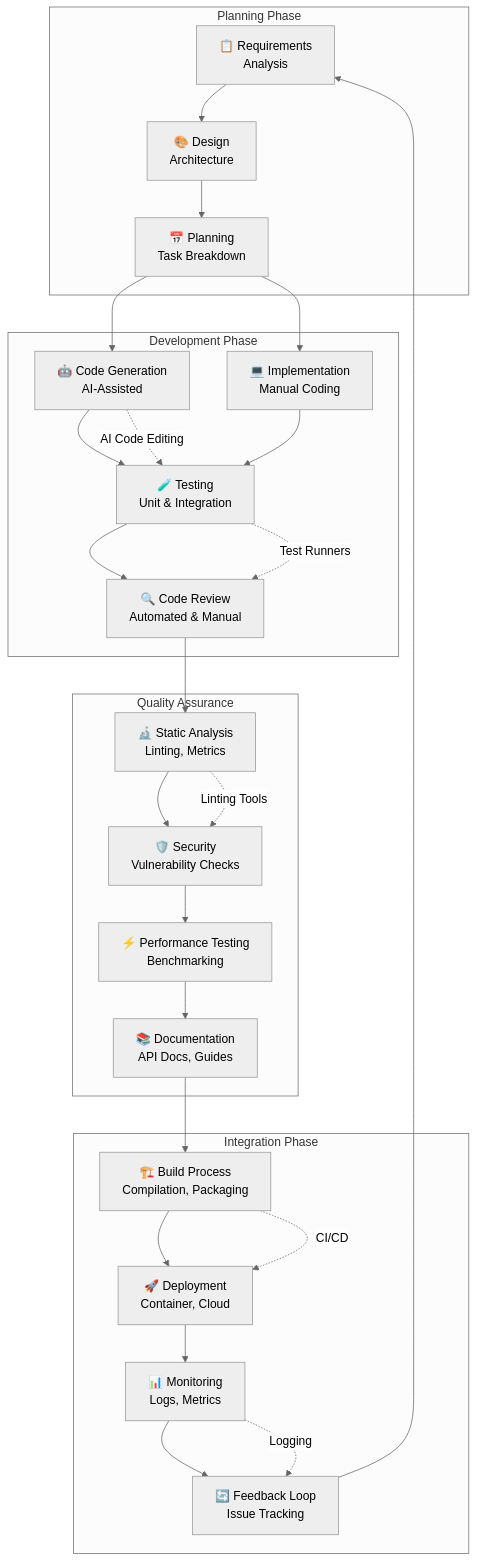
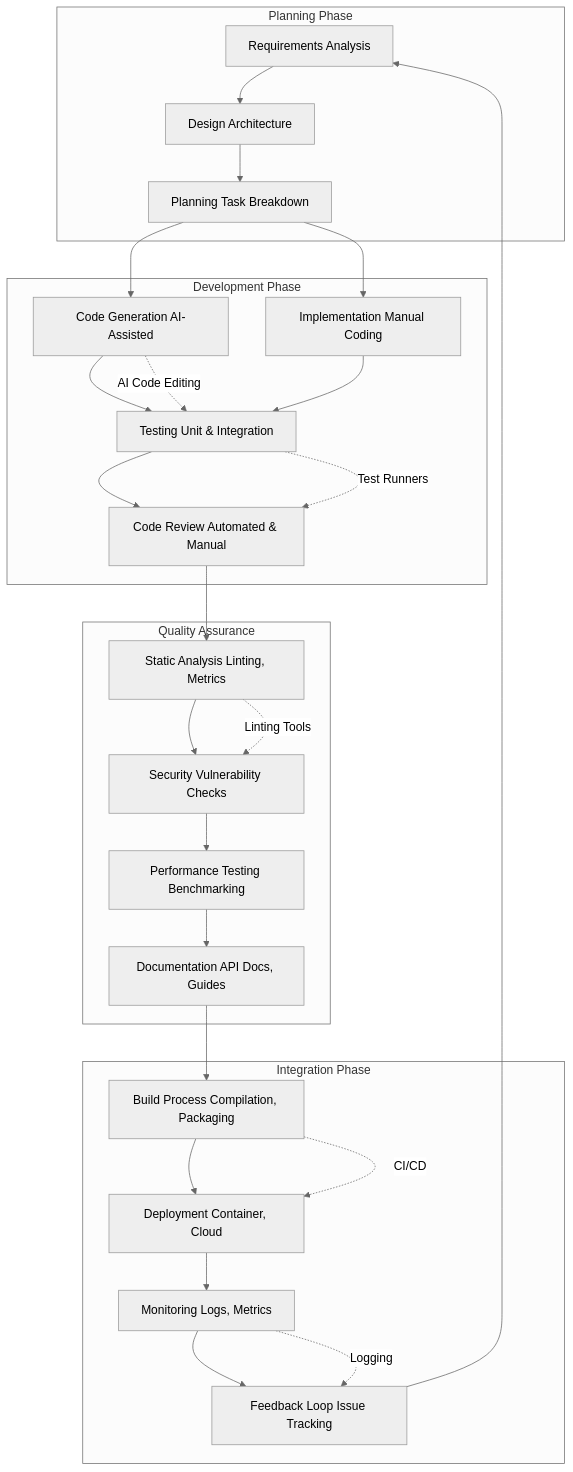
Before and after one commit to docxology/codomyrmex: the tenth of 12 diagrams in README.md, drawn with Mermaid (neutral theme). The commit also changed other lines of this file and 21 other files, not shown here.

````diff
--- a/README.md
+++ b/README.md
@@ -1044,57 +1201,57 @@
 ```mermaid
 flowchart TD
-    subgraph "Planning Phase"
-        Requirements[📋 Requirements<br/>Analysis]
-        Design[🎨 Design<br/>Architecture]
-        Planning[📅 Planning<br/>Task Breakdown]
+    subgraph planningPhase ["Planning Phase"]
+        Requirements["Requirements Analysis"]
+        Design["Design Architecture"]
+        Planning["Planning Task Breakdown"]
     end
 
-    subgraph "Development Phase"
-        CodeGeneration[🤖 Code Generation<br/>AI-Assisted]
-        Implementation[💻 Implementation<br/>Manual Coding]
-        Testing[🧪 Testing<br/>Unit & Integration]
-        CodeReview[🔍 Code Review<br/>Automated & Manual]
+    subgraph developmentPhase ["Development Phase"]
+        CodeGeneration["Code Generation AI-Assisted"]
+        Implementation["Implementation Manual Coding"]
+        Testing["Testing Unit & Integration"]
+        CodeReview["Code Review Automated & Manual"]
     end
 
-    subgraph "Quality Assurance"
-        StaticAnalysis[🔬 Static Analysis<br/>Linting, Metrics]
-        Security[🛡️ Security<br/>Vulnerability Checks]
-        PerformanceTesting[⚡ Performance Testing<br/>Benchmarking]
-        Documentation[📚 Documentation<br/>API Docs, Guides]
+    subgraph qualityAssurance ["Quality Assurance"]
+        StaticAnalysis["Static Analysis Linting, Metrics"]
+        Security["Security Vulnerability Checks"]
+        PerformanceTesting["Performance Testing Benchmarking"]
+        Documentation["Documentation API Docs, Guides"]
     end
 
-    subgraph "Integration Phase"
-        BuildProcess[🏗️ Build Process<br/>Compilation, Packaging]
-        Deployment[🚀 Deployment<br/>Container, Cloud]
-        Monitoring[📊 Monitoring<br/>Logs, Metrics]
-        FeedbackLoop[🔄 Feedback Loop<br/>Issue Tracking]
+    subgraph integrationPhase ["Integration Phase"]
+        BuildProcess["Build Process Compilation, Packaging"]
+        Deployment["Deployment Container, Cloud"]
+        Monitoring["Monitoring Logs, Metrics"]
+        FeedbackLoop["Feedback Loop Issue Tracking"]
     end
 
     Requirements --> Design
     Design --> Planning
     Planning --> CodeGeneration
     Planning --> Implementation
 
     CodeGeneration --> Testing
     Implementation --> Testing
     Testing --> CodeReview
     CodeReview --> StaticAnalysis
 
     StaticAnalysis --> Security
     Security --> PerformanceTesting
     PerformanceTesting --> Documentation
 
     Documentation --> BuildProcess
     BuildProcess --> Deployment
     Deployment --> Monitoring
     Monitoring --> FeedbackLoop
 
     FeedbackLoop --> Requirements
 
     %% Tool integration
     CodeGeneration -.->|"AI Code Editing"| Testing
     Testing -.->|"Test Runners"| CodeReview
     StaticAnalysis -.->|"Linting Tools"| Security
     BuildProcess -.->|"CI/CD"| Deployment
     Monitoring -.->|"Logging"| FeedbackLoop
 ```
````
